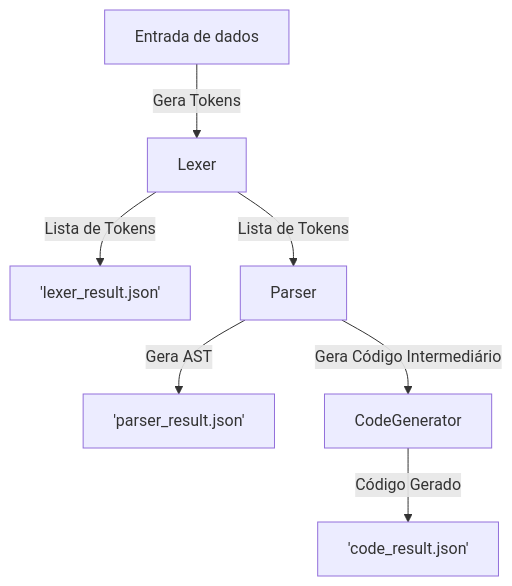
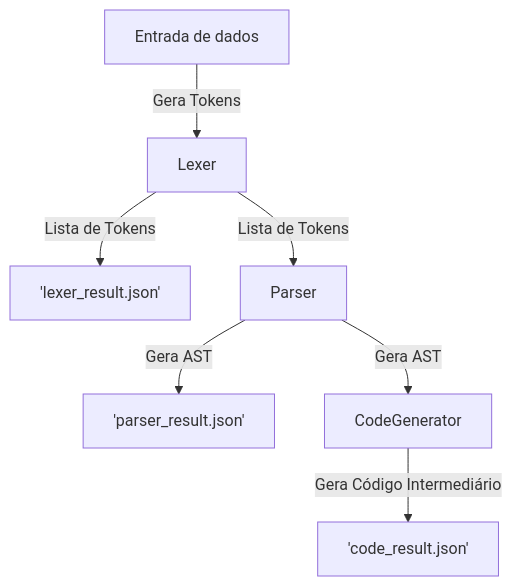
One commit to feliperafaldini/compiladores-4-semestre changed the diagram in README.md. Above: the diagram before and after it, drawn with Mermaid.

````diff
--- a/README.md
+++ b/README.md
@@ -104,11 +104,11 @@
 ```mermaid
   flowchart TD
   data["Entrada de dados"] -->|Gera Tokens| Lexer[Lexer]
   Lexer -->|Lista de Tokens| LexerJSON['lexer_result.json'] 
   Lexer -->|Lista de Tokens| Parser[Parser]
   Parser -->|Gera AST| ParserJSON['parser_result.json']
-  Parser -->|Gera Código Intermediário| CodeGenerator[CodeGenerator]
-  CodeGenerator -->|Código Gerado| GeneratedCode['code_result.json']
+  Parser -->|Gera AST| CodeGenerator[CodeGenerator]
+  CodeGenerator -->|Gera Código Intermediário| GeneratedCode['code_result.json']
 
   class Lexer,Tokens,Parser,CodeGenerator,GeneratedCode,AST,data internal
 ```
````
